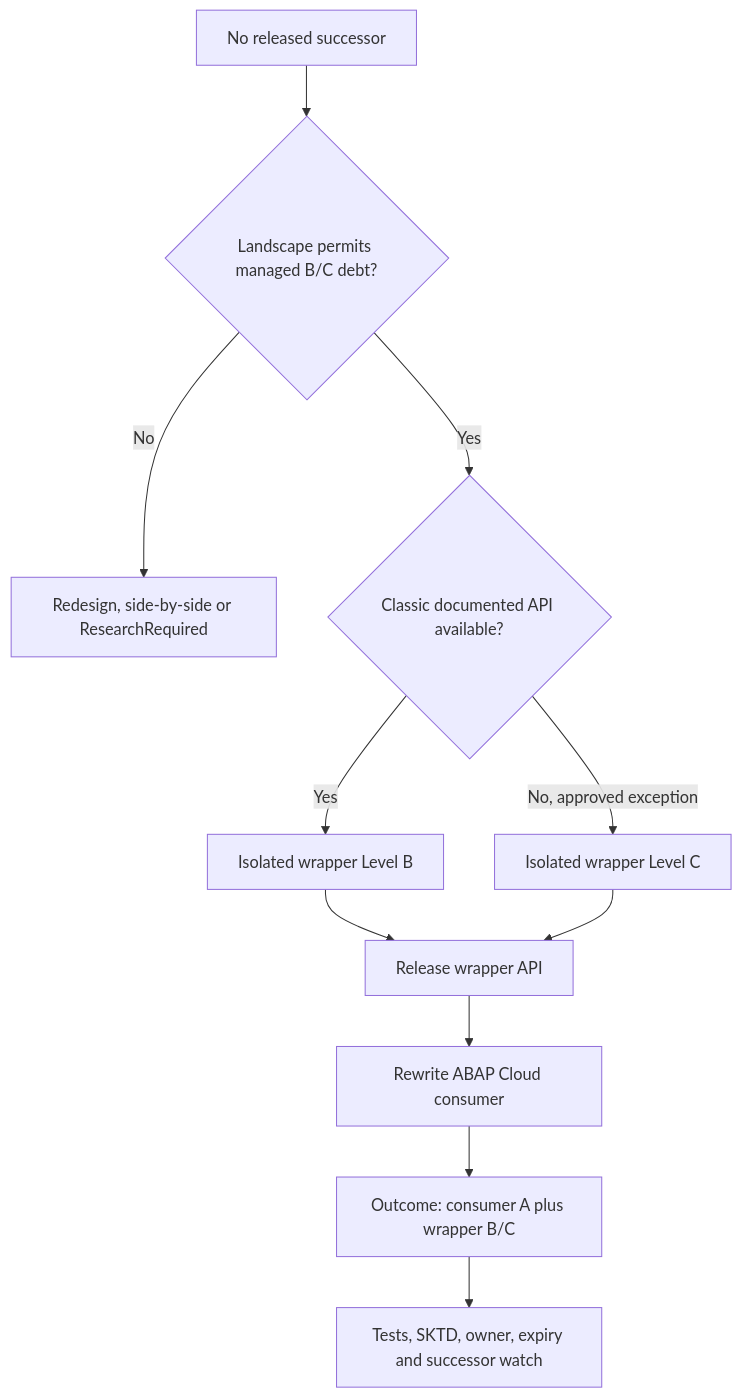
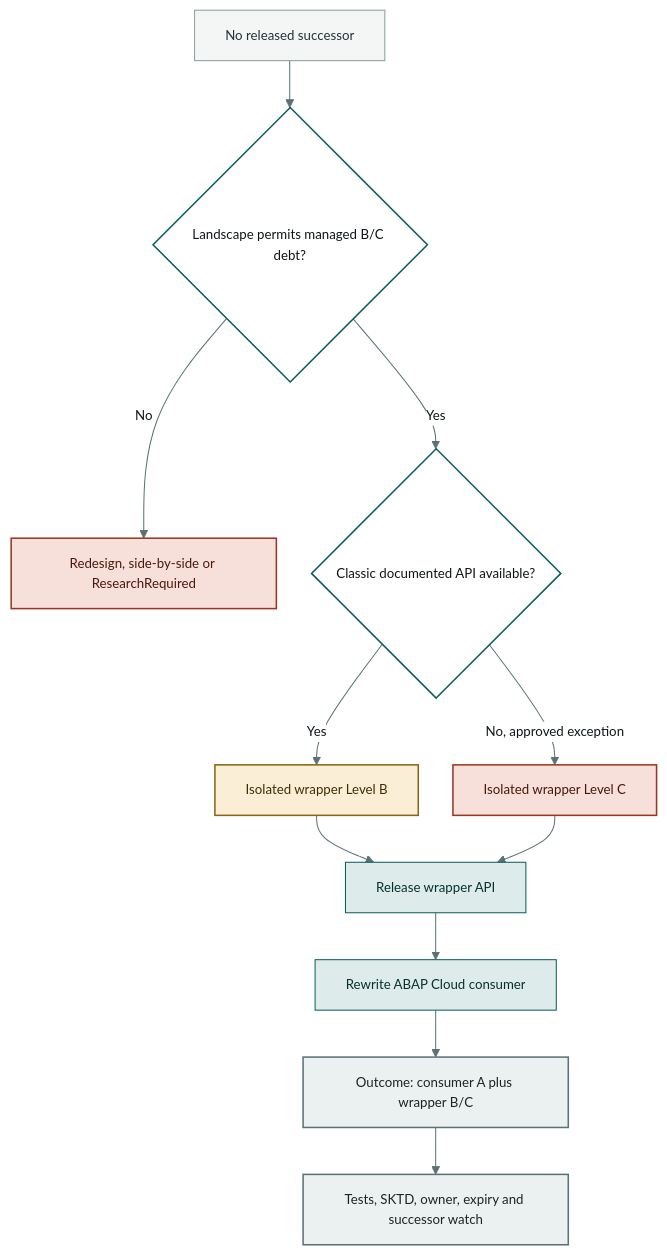
Before and after one commit to Raistlin82/arc-1-fork: the fifth of 5 diagrams in skills/sap-erp-clean-core-refactor/WORKFLOW.md, drawn with Mermaid. The commit also changed other lines of this file and 1 other file, not shown here.

````diff
--- a/skills/sap-erp-clean-core-refactor/WORKFLOW.md
+++ b/skills/sap-erp-clean-core-refactor/WORKFLOW.md
@@ -359,13 +410,28 @@
 ```mermaid
+%%{init: {'theme':'base','themeVariables':{'fontSize':'13px','primaryColor':'#EBF0F0','primaryTextColor':'#0F1518','primaryBorderColor':'#5B7275','lineColor':'#5B7275','edgeLabelBackground':'#FFFFFF'},'flowchart':{'curve':'basis','nodeSpacing':34,'rankSpacing':46}}}%%
 flowchart TD
     N["No released successor"] --> L{"Landscape permits managed B/C debt?"}
     L -->|No| X["Redesign, side-by-side or ResearchRequired"]
     L -->|Yes| API{"Classic documented API available?"}
     API -->|Yes| B["Isolated wrapper Level B"]
     API -->|No, approved exception| C["Isolated wrapper Level C"]
     B --> W["Release wrapper API"]
     C --> W
     W --> CON["Rewrite ABAP Cloud consumer"]
     CON --> O["Outcome: consumer A plus wrapper B/C"]
     O --> G["Tests, SKTD, owner, expiry and successor watch"]
+
+    classDef gather fill:#F4F6F6,stroke:#8C9C9F,stroke-width:1px,color:#243033
+    classDef decision fill:#FFFFFF,stroke:#0B5D5D,stroke-width:1.5px,color:#0F1518
+    classDef debtB fill:#FAEFD6,stroke:#86660F,stroke-width:1.5px,color:#3D2F05
+    classDef debtC fill:#F6E0D9,stroke:#9B3520,stroke-width:1.5px,color:#4A180C
+    classDef arc1 fill:#DDEBEA,stroke:#0B5D5D,stroke-width:1px,color:#08302F
+    classDef proof fill:#EBF0F0,stroke:#5B7275,stroke-width:1.5px,color:#1B2426
+
+    class N gather
+    class L,API decision
+    class B debtB
+    class C,X debtC
+    class W,CON arc1
+    class O,G proof
 ```
````
